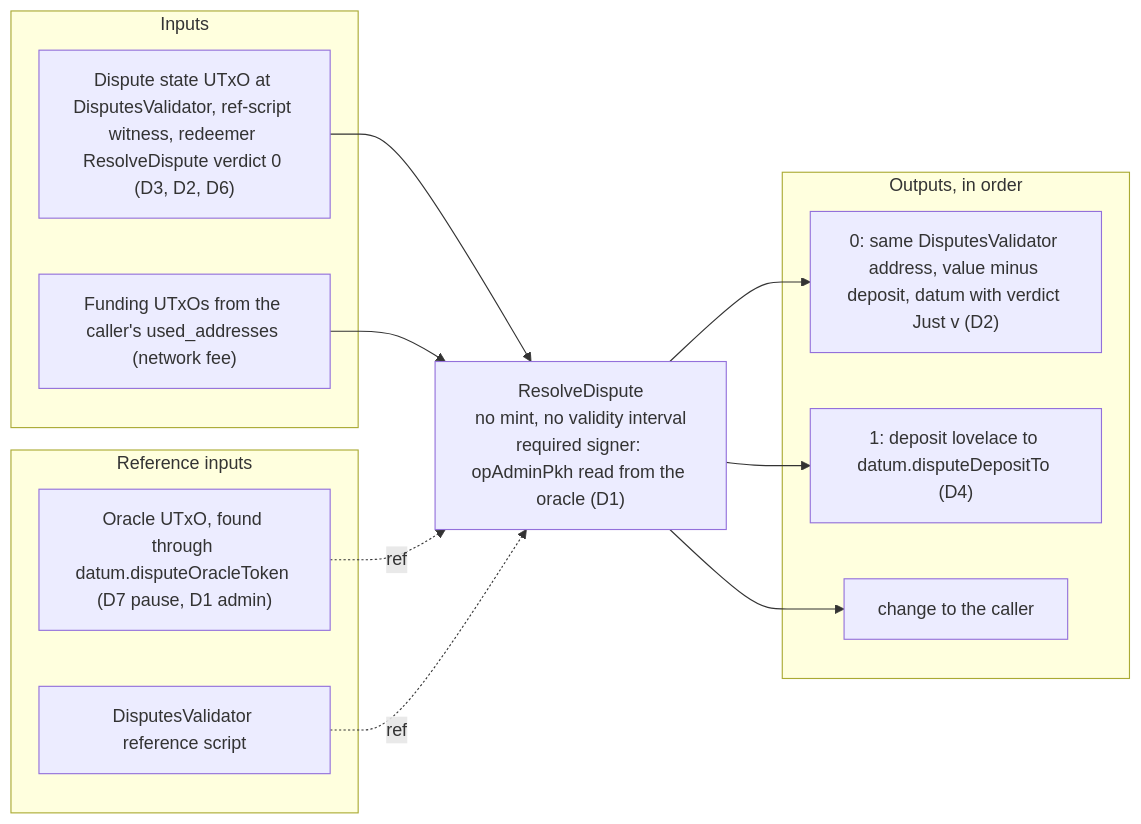
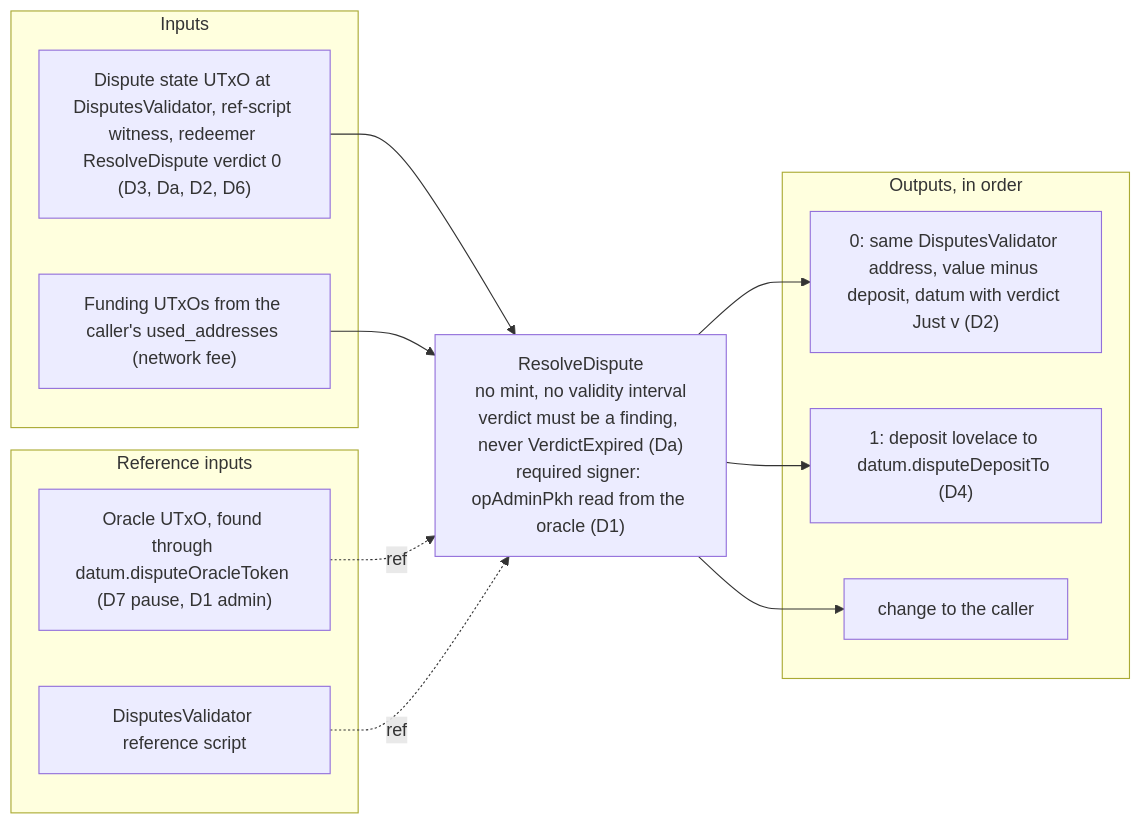
Before and after one commit to en7angled/palmares: the sixth of 13 diagrams in docs/architecture/onchain-flows.md, drawn with Mermaid. The commit also changed other lines of this file and 18 other files, not shown here.

````diff
--- a/docs/architecture/onchain-flows.md
+++ b/docs/architecture/onchain-flows.md
@@ -407,24 +449,24 @@
 ```mermaid
 flowchart LR
   subgraph IN["Inputs"]
-    disp["Dispute state UTxO at DisputesValidator, ref-script witness, redeemer ResolveDispute verdict 0 (D3, D2, D6)"]
+    disp["Dispute state UTxO at DisputesValidator, ref-script witness, redeemer ResolveDispute verdict 0 (D3, Da, D2, D6)"]
     fund["Funding UTxOs from the caller's used_addresses (network fee)"]
   end
   subgraph REF["Reference inputs"]
     oracle["Oracle UTxO, found through datum.disputeOracleToken (D7 pause, D1 admin)"]
     dvref["DisputesValidator reference script"]
   end
-  tx["ResolveDispute<br/>no mint, no validity interval<br/>required signer: opAdminPkh read from the oracle (D1)"]
+  tx["ResolveDispute<br/>no mint, no validity interval<br/>verdict must be a finding, never VerdictExpired (Da)<br/>required signer: opAdminPkh read from the oracle (D1)"]
   subgraph OUT["Outputs, in order"]
     o0["0: same DisputesValidator address, value minus deposit, datum with verdict Just v (D2)"]
     o1["1: deposit lovelace to datum.disputeDepositTo (D4)"]
     chg["change to the caller"]
   end
   disp --> tx
   fund --> tx
   oracle -. ref .-> tx
   dvref -. ref .-> tx
   tx --> o0
   tx --> o1
   tx --> chg
 ```
````
